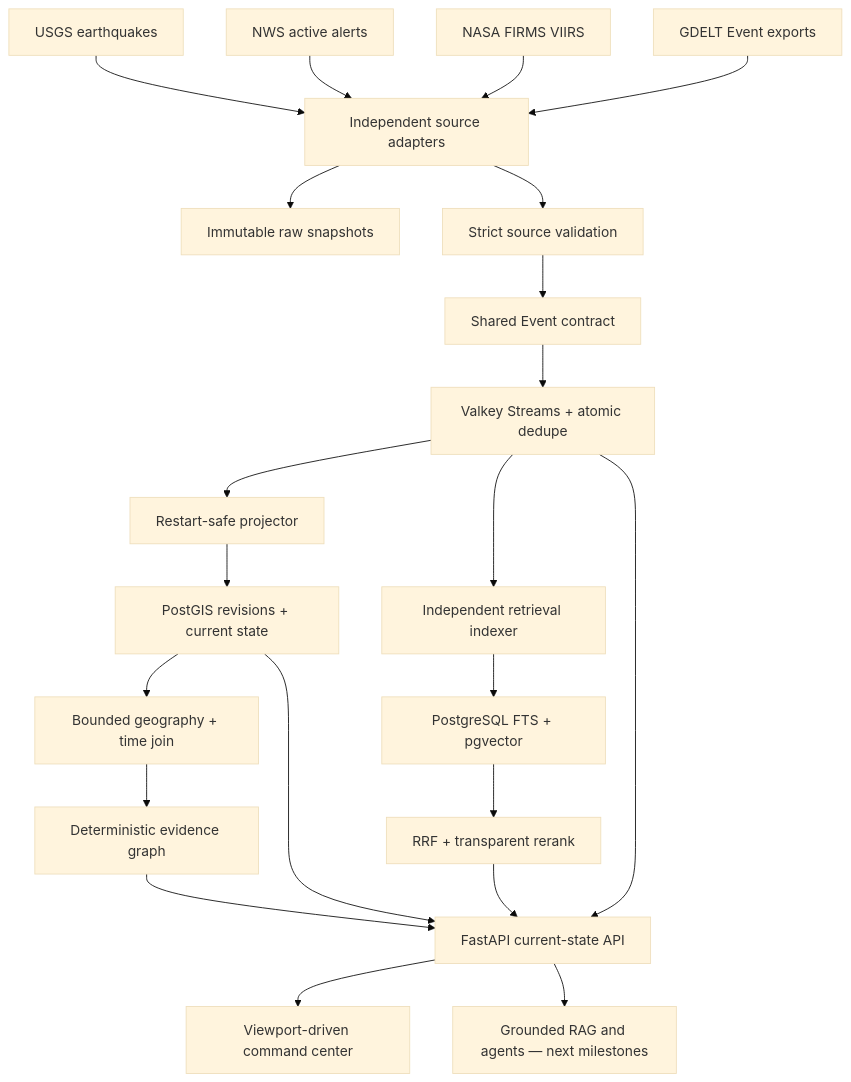
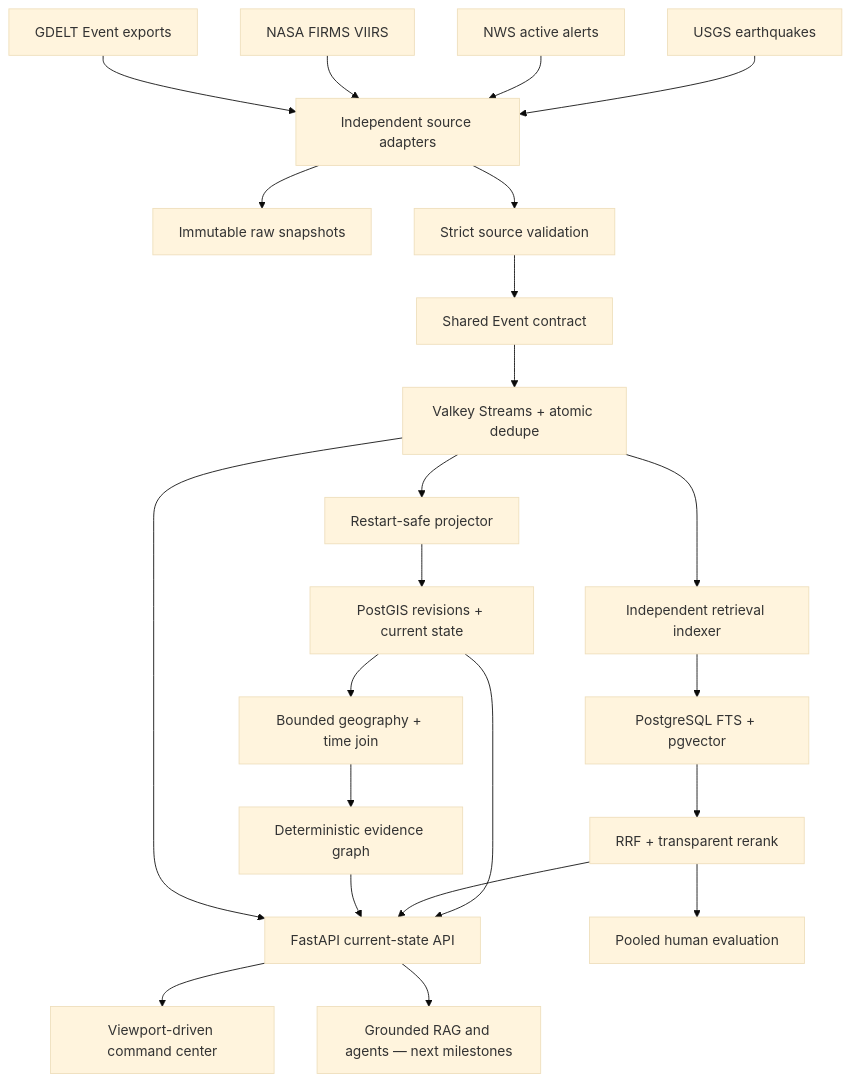
Before and after one commit to Thivas12/atlas-pulse: the diagram in README.md, drawn with Mermaid (base theme). The commit also changed other lines of this file and 28 other files, not shown here.

First line of the commit message:
feat: add human-reviewed retrieval evaluation (#20)

````diff
--- a/README.md
+++ b/README.md
@@ -45,24 +48,25 @@
 ```mermaid
 flowchart TD
     USGS["USGS earthquakes"] --> Adapters["Independent source adapters"]
     NWS["NWS active alerts"] --> Adapters
     FIRMS["NASA FIRMS VIIRS"] --> Adapters
     GDELT["GDELT Event exports"] --> Adapters
     Adapters --> Raw["Immutable raw snapshots"]
     Adapters --> Validate["Strict source validation"]
     Validate --> Contract["Shared Event contract"]
     Contract --> Stream["Valkey Streams + atomic dedupe"]
     Stream --> Projector["Restart-safe projector"]
     Projector --> PostGIS["PostGIS revisions + current state"]
     Stream --> Indexer["Independent retrieval indexer"]
     Indexer --> Hybrid["PostgreSQL FTS + pgvector"]
     PostGIS --> Correlate["Bounded geography + time join"]
     Correlate --> Graph["Deterministic evidence graph"]
     PostGIS --> API["FastAPI current-state API"]
     Hybrid --> Search["RRF + transparent rerank"]
+    Search --> Evaluate["Pooled human evaluation"]
     Search --> API
     Graph --> API
     Stream --> API
     API --> Web["Viewport-driven command center"]
     API --> Agents["Grounded RAG and agents — next milestones"]
 ```
````
